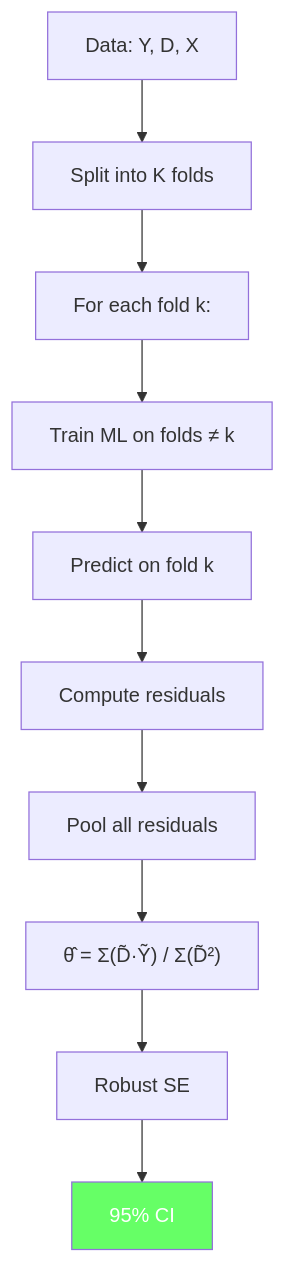
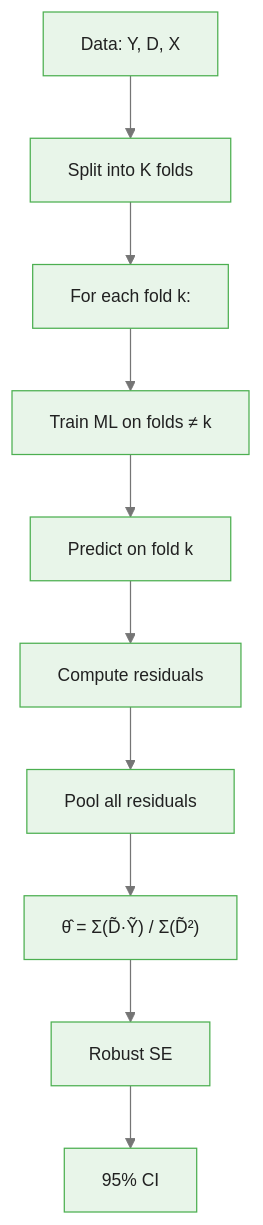
The second of 3 diagrams in courses/double-machine-learning/modules/module_04_cross_fitting/guides/01_cross_fitting_slides.md (m-deane/course-creator), drawn with Mermaid before and after one commit. The commit also changed other lines of this file and 40 other files, not shown here.

````diff
--- a/courses/double-machine-learning/modules/module_04_cross_fitting/guides/01_cross_fitting_slides.md
+++ b/courses/double-machine-learning/modules/module_04_cross_fitting/guides/01_cross_fitting_slides.md
@@ -182,13 +188,13 @@
 ```mermaid
+%%{init: {"theme": "base", "themeVariables": {"primaryColor": "#e8f5e9", "primaryBorderColor": "#4caf50", "primaryTextColor": "#212121", "secondaryColor": "#e3f2fd", "tertiaryColor": "#fff8e1", "lineColor": "#757575", "fontFamily": "Inter, sans-serif", "fontSize": "14px"}}}%%
 flowchart TD
     Data["Data: Y, D, X"] --> Split["Split into K folds"]
     Split --> Loop["For each fold k:"]
     Loop --> Train["Train ML on folds ≠ k"]
     Train --> Predict["Predict on fold k"]
     Predict --> Resid["Compute residuals"]
     Resid --> Pool["Pool all residuals"]
     Pool --> Theta["θ̂ = Σ(D̃·Ỹ) / Σ(D̃²)"]
     Theta --> SE["Robust SE"]
     SE --> CI["95% CI"]
-    style CI fill:#6f6,color:#fff
 ```
````
